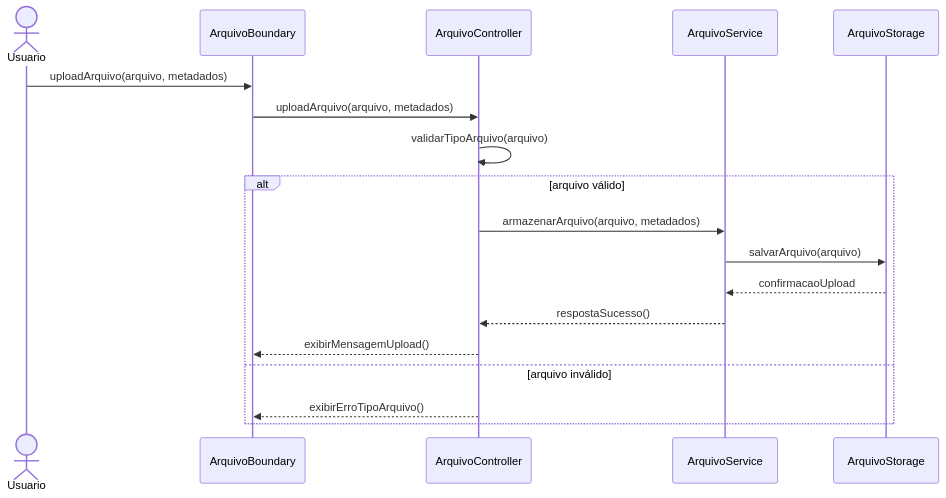
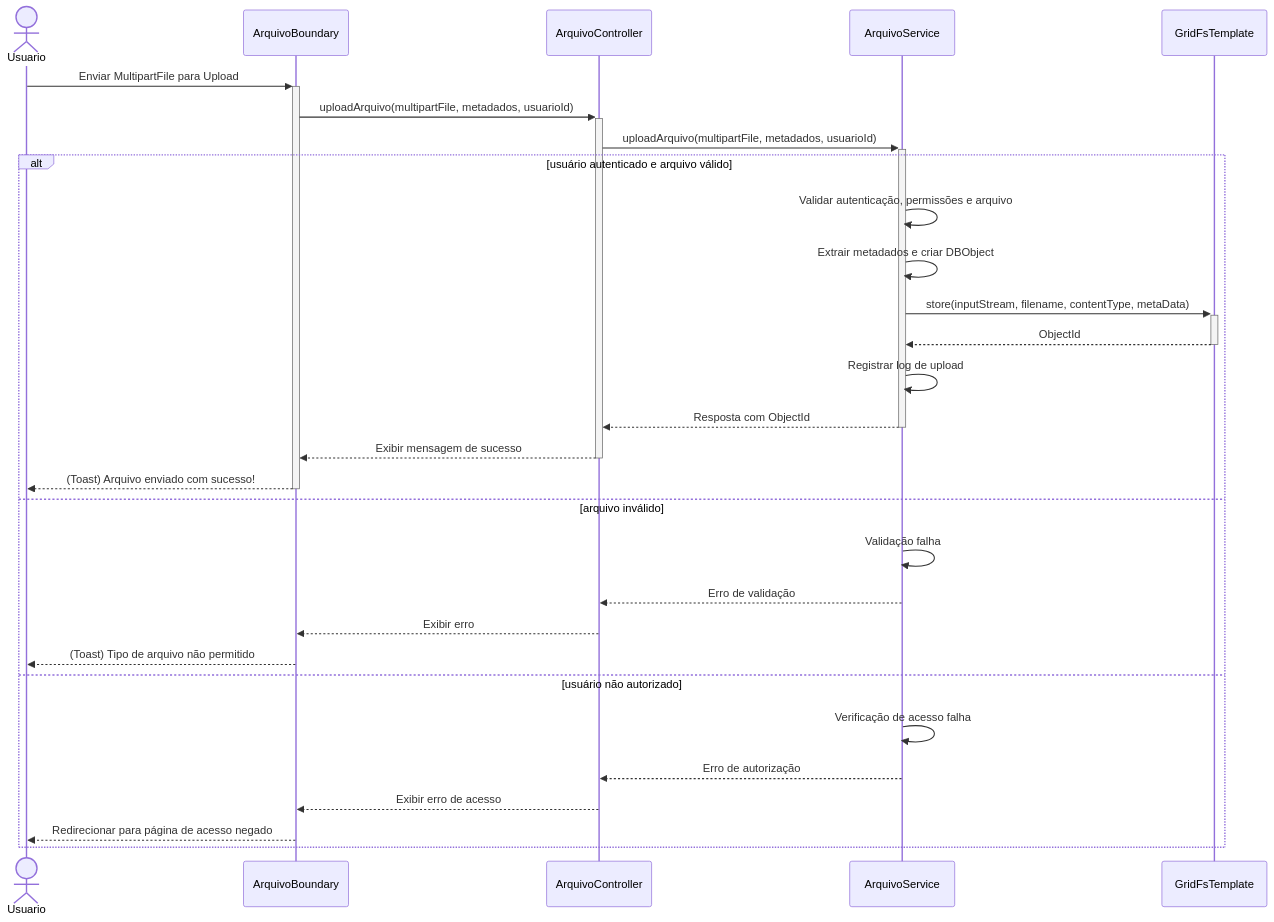
One commit to ImGabreuw/learning-management-system changed the first of 4 diagrams in docs/modeling/files.md. Above: the diagram before and after it, drawn with Mermaid. The commit also changed other lines of this file and 1 other file, not shown here.

````diff
--- a/docs/modeling/files.md
+++ b/docs/modeling/files.md
@@ -7,21 +7,33 @@
 ```mermaid
 sequenceDiagram
     actor Usuario
     participant boundary as ArquivoBoundary
     participant controller as ArquivoController
     participant service as ArquivoService
-    participant storage as ArquivoStorage
+    participant gridFsTemplate as GridFsTemplate
 
-    Usuario->>boundary: uploadArquivo(arquivo, metadados)
-    boundary->>controller: uploadArquivo(arquivo, metadados)
-    controller->>controller: validarTipoArquivo(arquivo)
-    alt arquivo válido
-        controller->>service: armazenarArquivo(arquivo, metadados)
-        service->>storage: salvarArquivo(arquivo)
-        storage-->>service: confirmacaoUpload
-        service-->>controller: respostaSucesso()
-        controller-->>boundary: exibirMensagemUpload()
+    Usuario->>+boundary: Enviar MultipartFile para Upload
+    boundary->>+controller: uploadArquivo(multipartFile, metadados, usuarioId)
+    controller->>+service: uploadArquivo(multipartFile, metadados, usuarioId)
+    
+    alt usuário autenticado e arquivo válido
+        service->>service: Validar autenticação, permissões e arquivo
+        service->>service: Extrair metadados e criar DBObject
+        service->>+gridFsTemplate: store(inputStream, filename, contentType, metaData)
+        gridFsTemplate-->>-service: ObjectId
+        service->>service: Registrar log de upload
+        service-->>-controller: Resposta com ObjectId
+        controller-->>-boundary: Exibir mensagem de sucesso
+        boundary-->>-Usuario: (Toast) Arquivo enviado com sucesso!
     else arquivo inválido
-        controller-->>boundary: exibirErroTipoArquivo()
+        service->>service: Validação falha
+        service-->>controller: Erro de validação
+        controller-->>boundary: Exibir erro
+        boundary-->>Usuario: (Toast) Tipo de arquivo não permitido
+    else usuário não autorizado
+        service->>service: Verificação de acesso falha
+        service-->>controller: Erro de autorização
+        controller-->>boundary: Exibir erro de acesso
+        boundary-->>Usuario: Redirecionar para página de acesso negado
     end
 ```
````
